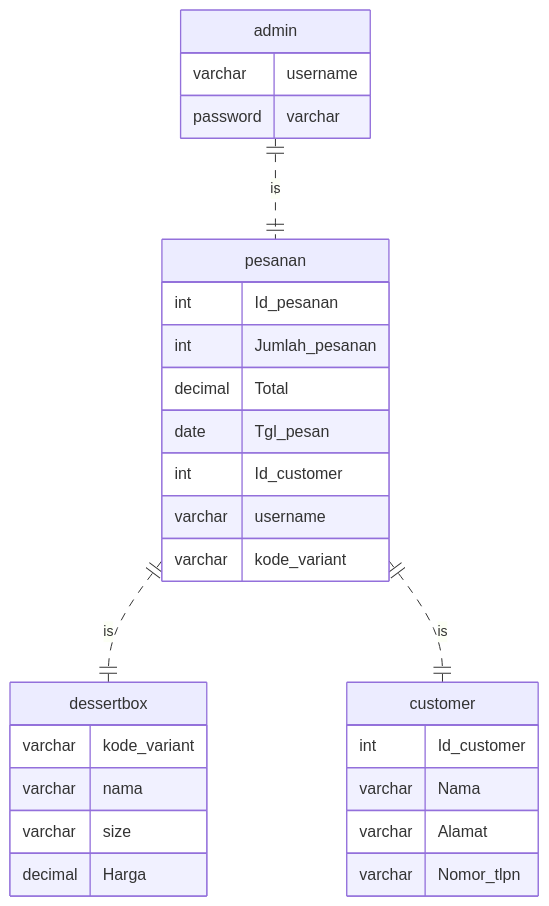
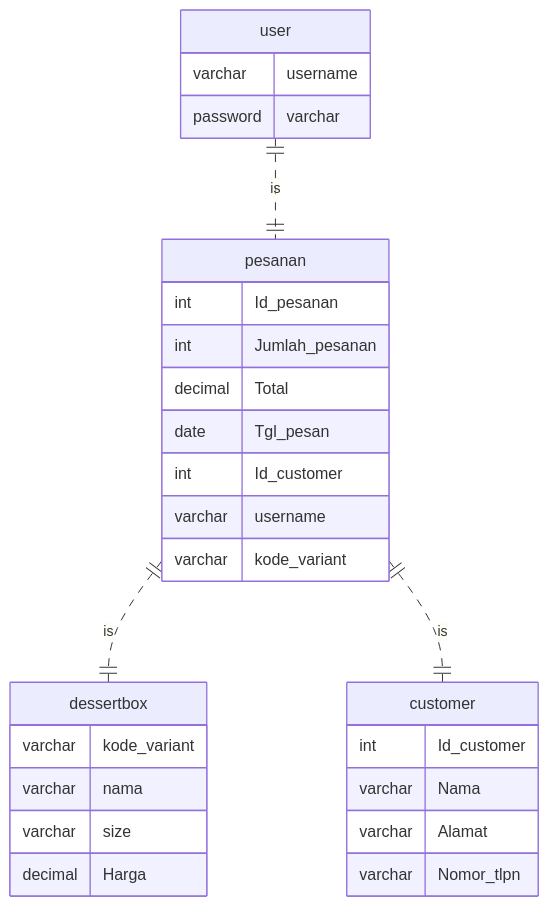
The second of 2 diagrams in README.md (finkamarisa03/FinalProject-PBO), drawn with Mermaid before and after one commit.

````diff
--- a/README.md
+++ b/README.md
@@ -51,31 +51,31 @@
 ```mermaid
 erDiagram
-          admin ||..|| pesanan : is
+          user ||..|| pesanan : is
           pesanan ||..|| dessertbox : is
           pesanan ||..|| customer : is
-        admin {
+        user {
             varchar username
             password varchar
         }
         pesanan {
             int Id_pesanan
             int Jumlah_pesanan
             decimal Total
             date Tgl_pesan
             int Id_customer
             varchar username
             varchar kode_variant
         }
         dessertbox {
             varchar kode_variant
             varchar nama
             varchar size
             decimal Harga
         }
         customer {
             int Id_customer
             varchar Nama
             varchar Alamat
             varchar Nomor_tlpn
         }
 ```
````
